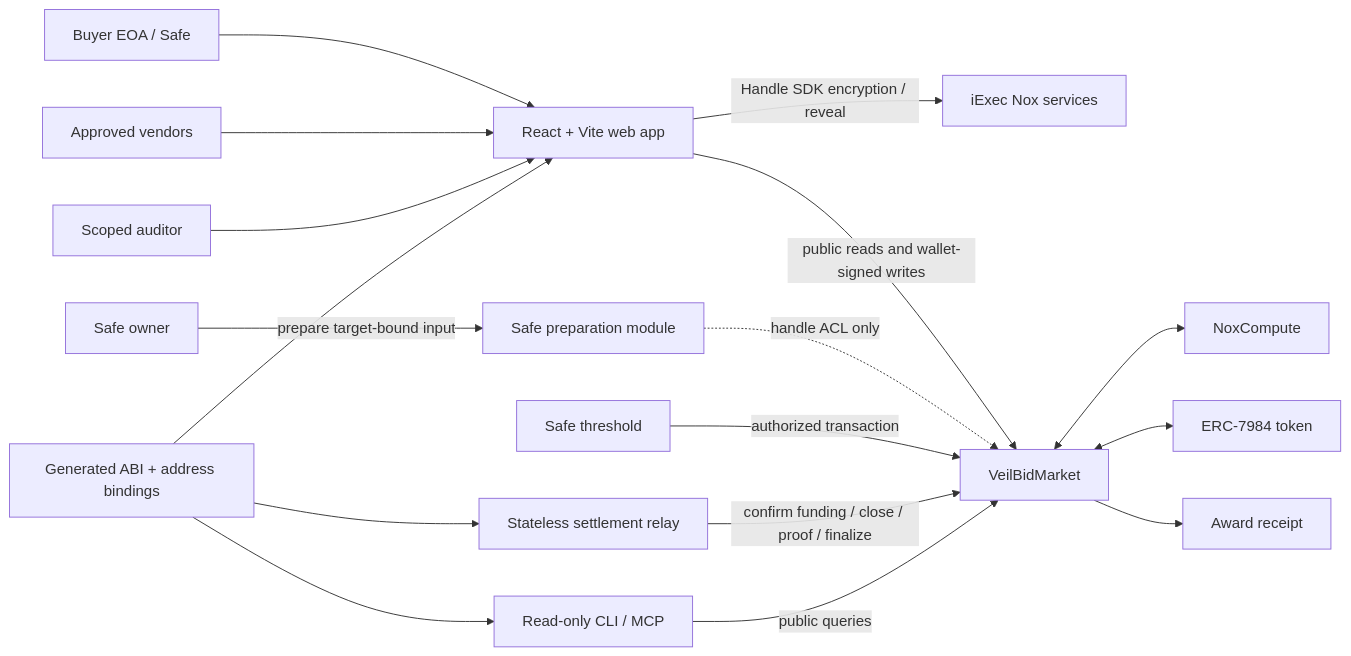
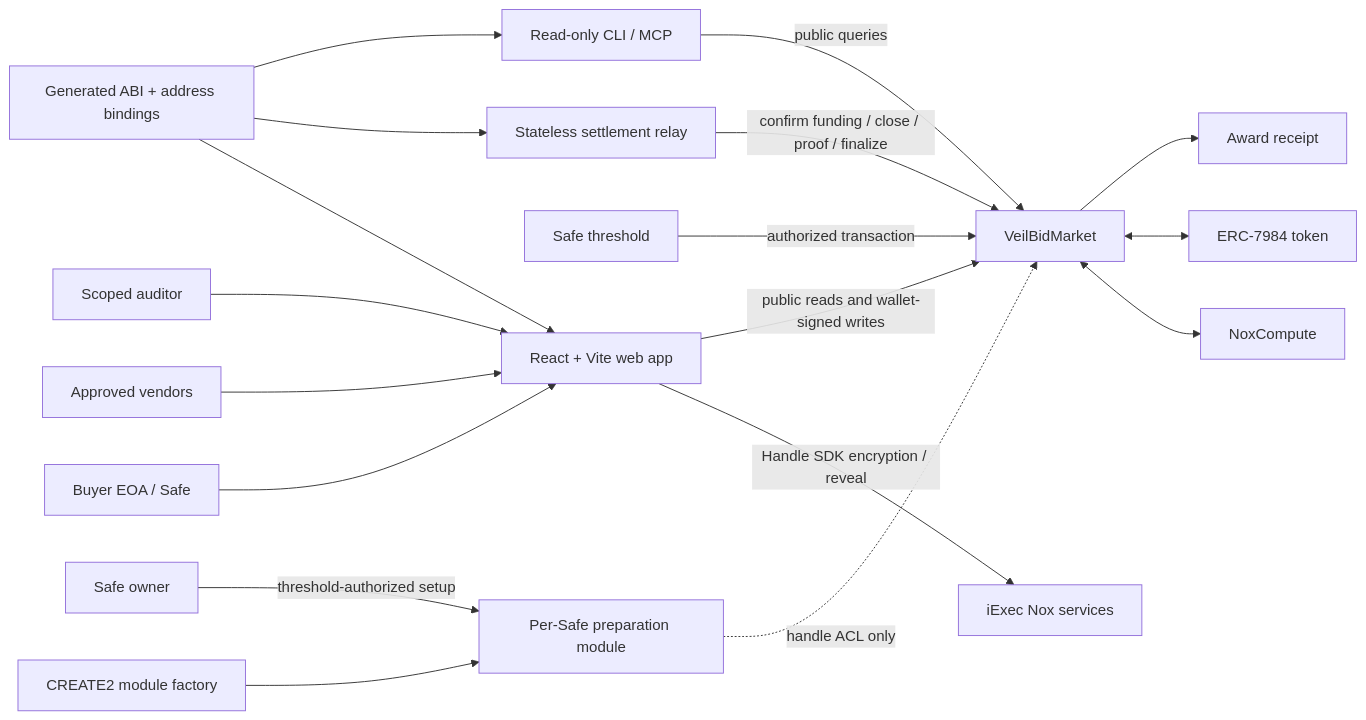
Before and after one commit to huutrungle2001/Veilbid: the second of 2 diagrams in README.md, drawn with Mermaid. The commit also changed other lines of this file and 32 other files, not shown here.

````diff
--- a/README.md
+++ b/README.md
@@ -162,23 +168,24 @@
 ```mermaid
 flowchart LR
     Buyer["Buyer EOA / Safe"] --> Web["React + Vite web app"]
     Vendor["Approved vendors"] --> Web
     Auditor["Scoped auditor"] --> Web
 
     Web -->|Handle SDK encryption / reveal| Nox["iExec Nox services"]
     Web -->|public reads and wallet-signed writes| Market["VeilBidMarket"]
 
-    SafeOwner["Safe owner"] -->|prepare target-bound input| Module["Safe preparation module"]
+    Factory["CREATE2 module factory"] --> Module["Per-Safe preparation module"]
+    SafeOwner["Safe owner"] -->|threshold-authorized setup| Module
     Module -.->|handle ACL only| Market
     Safe["Safe threshold"] -->|authorized transaction| Market
 
     Market <--> Compute["NoxCompute"]
     Market <--> Token["ERC-7984 token"]
     Market --> Receipt["Award receipt"]
 
     Relay["Stateless settlement relay"] -->|confirm funding / close / proof / finalize| Market
     Console["Read-only CLI / MCP"] -->|public queries| Market
     Bindings["Generated ABI + address bindings"] --> Web
     Bindings --> Relay
     Bindings --> Console
 ```
````
